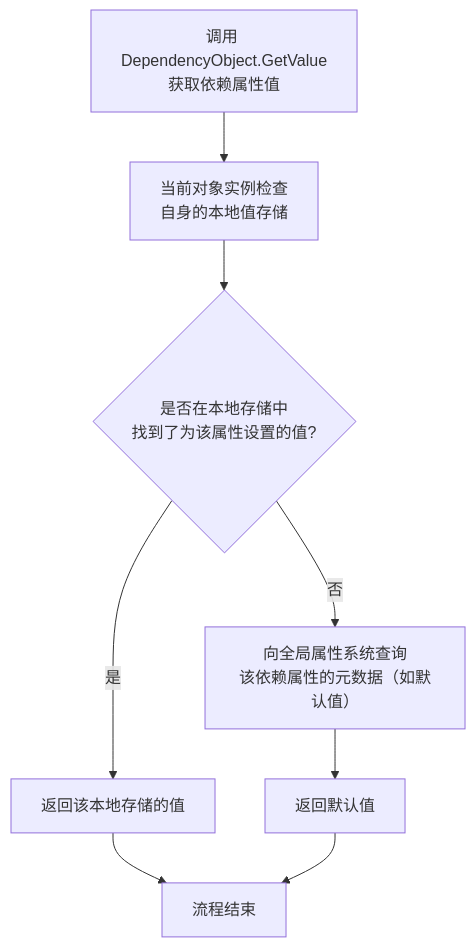
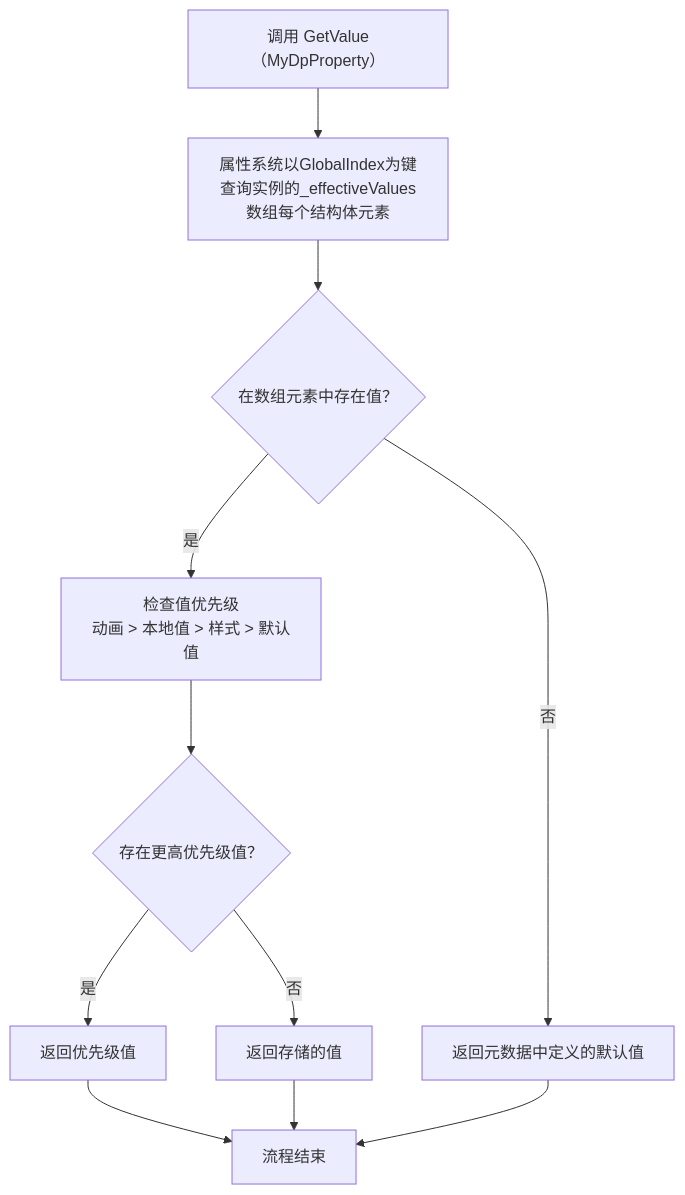
One commit to xiaoYoc/CSharp-Learning-Notes-In-a-Nutshell changed the ninth of 12 diagrams in WPF.md. Above: the diagram before and after it, drawn with Mermaid. The commit also changed other lines of this file, not shown here.

Commit message:
DenpencyProperty

````diff
--- a/WPF.md
+++ b/WPF.md
@@ -2392,9 +2421,13 @@
 ```mermaid
 flowchart TD
-A[调用 DependencyObject.GetValue<br>获取依赖属性值] --> B[当前对象实例检查<br>自身的本地值存储];
-B --> C{是否在本地存储中<br>找到了为该属性设置的值?};
-C -- 是 --> D[返回该本地存储的值];
-C -- 否 --> E[向全局属性系统查询<br>该依赖属性的元数据（如默认值）];
-E --> F[返回默认值];
-D & F --> G[流程结束];
+    A[调用 GetValue（MyDpProperty）] --> B[属性系统以GlobalIndex为键<br>查询实例的_effectiveValues数组每个结构体元素]
+    B --> C{在数组元素中存在值？}
+    C -->|是| D[检查值优先级<br>动画 > 本地值 > 样式 > 默认值]
+    D --> E{存在更高优先级值？}
+    E -->|是| F[返回优先级值]
+    E -->|否| G[返回存储的值]
+    C -->|否| H[返回元数据中定义的默认值]
+    F --> I[流程结束]
+    G --> I
+    H --> I
 ```
````
